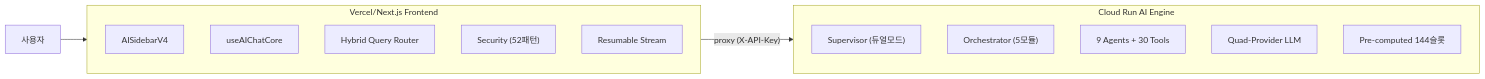
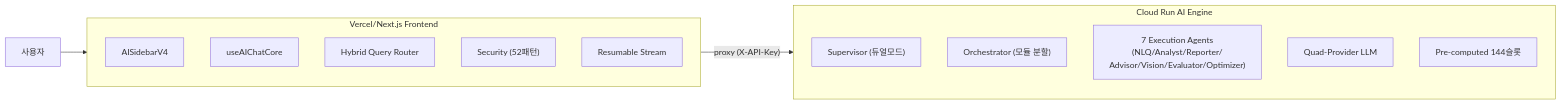
The diagram in docs/reference/architecture/ai/frontend-backend-comparison.md (skyasu2/openmanager-ai), drawn with Mermaid before and after one commit. The commit also changed other lines of this file and 6 other files, not shown here.

First line of the commit message:
docs: sync architecture diagrams with current codebase (7 agents, 28 routes)

````diff
--- a/docs/reference/architecture/ai/frontend-backend-comparison.md
+++ b/docs/reference/architecture/ai/frontend-backend-comparison.md
@@ -21,22 +21,22 @@
 ```mermaid
 graph LR
     User["사용자"] --> Vercel
 
     subgraph Vercel["Vercel/Next.js Frontend"]
         UI["AISidebarV4"]
         Hook["useAIChatCore"]
         Router["Hybrid Query Router"]
         Security["Security (52패턴)"]
         Stream["Resumable Stream"]
     end
 
     subgraph CloudRun["Cloud Run AI Engine"]
         Supervisor["Supervisor (듀얼모드)"]
-        Orchestrator["Orchestrator (5모듈)"]
-        Agents["9 Agents + 30 Tools"]
+        Orchestrator["Orchestrator (모듈 분할)"]
+        Agents["7 Execution Agents<br/>(NLQ/Analyst/Reporter/<br/>Advisor/Vision/Evaluator/Optimizer)"]
         Provider["Quad-Provider LLM"]
         PreComp["Pre-computed 144슬롯"]
     end
 
     Vercel -->|"proxy (X-API-Key)"| CloudRun
 ```
````
